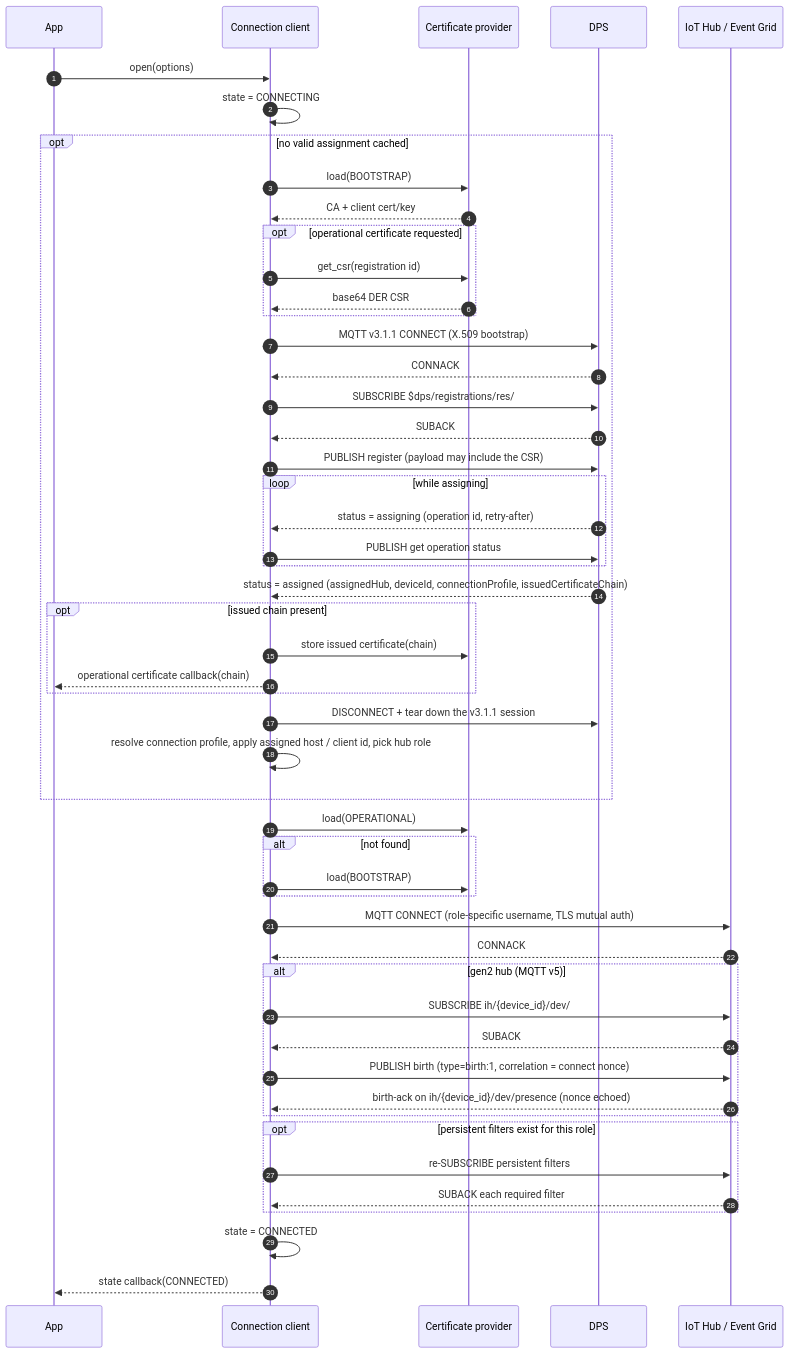
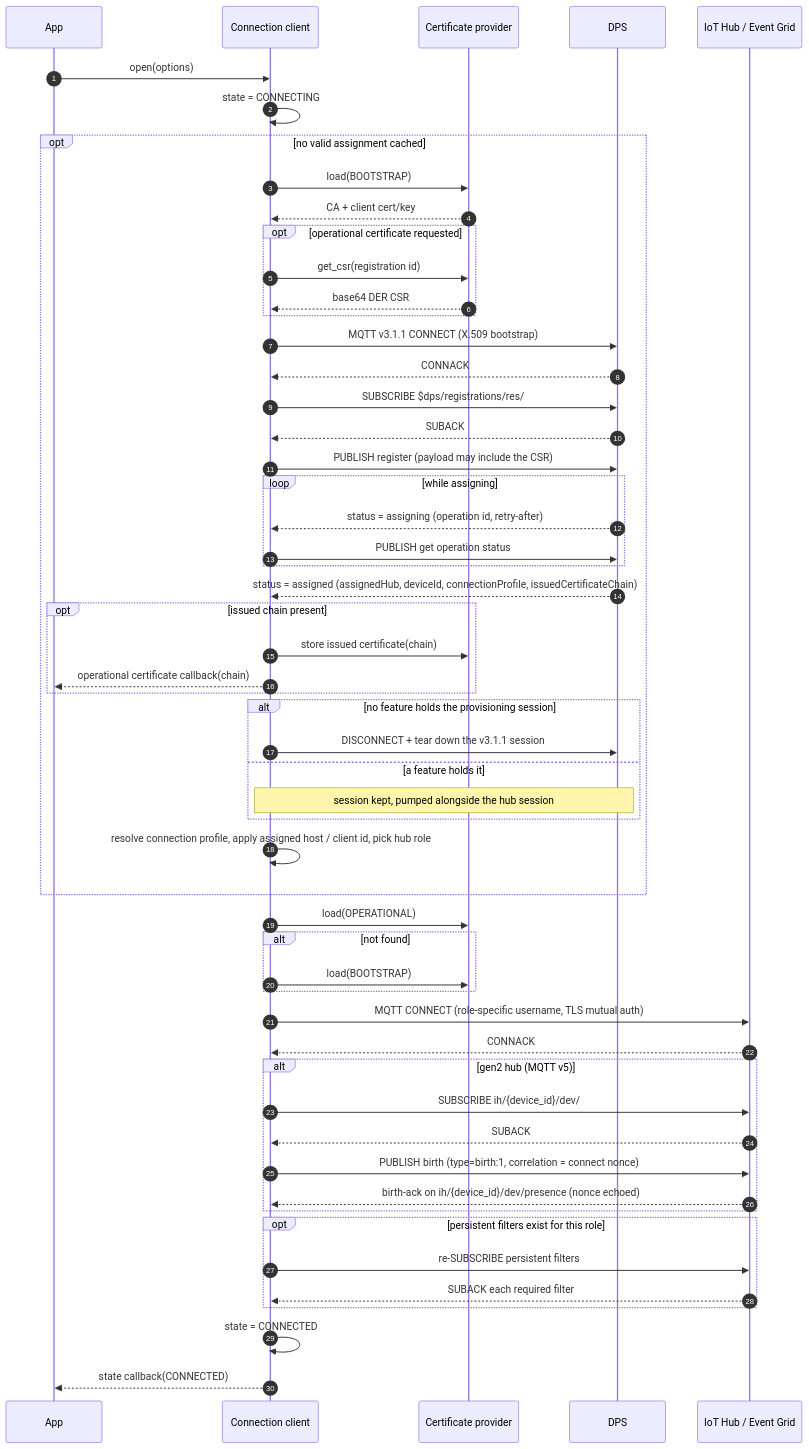
Before and after one commit to Azure/azure-iot-sdk: the third of 9 diagrams in c/docs/connection.md, drawn with Mermaid. The commit also changed 2 other files, not shown here.

Commit message:
docs: conditional provisioning teardown in both sequences; record the PUBACK-table gap

````diff
--- a/c/docs/connection.md
+++ b/c/docs/connection.md
@@ -109,58 +109,62 @@
 ```mermaid
 sequenceDiagram
     autonumber
     participant App
     participant Conn as Connection client
     participant Cert as Certificate provider
     participant DPS
     participant Hub as IoT Hub / Event Grid
 
     App->>Conn: open(options)
     Conn->>Conn: state = CONNECTING
 
     opt no valid assignment cached
         Conn->>Cert: load(BOOTSTRAP)
         Cert-->>Conn: CA + client cert/key
         opt operational certificate requested
             Conn->>Cert: get_csr(registration id)
             Cert-->>Conn: base64 DER CSR
         end
         Conn->>DPS: MQTT v3.1.1 CONNECT (X.509 bootstrap)
         DPS-->>Conn: CONNACK
         Conn->>DPS: SUBSCRIBE $dps/registrations/res/#
         DPS-->>Conn: SUBACK
         Conn->>DPS: PUBLISH register (payload may include the CSR)
         loop while assigning
             DPS-->>Conn: status = assigning (operation id, retry-after)
             Conn->>DPS: PUBLISH get operation status
         end
         DPS-->>Conn: status = assigned (assignedHub, deviceId, connectionProfile, issuedCertificateChain)
         opt issued chain present
             Conn->>Cert: store issued certificate(chain)
             Conn-->>App: operational certificate callback(chain)
         end
-        Conn->>DPS: DISCONNECT + tear down the v3.1.1 session
+        alt no feature holds the provisioning session
+            Conn->>DPS: DISCONNECT + tear down the v3.1.1 session
+        else a feature holds it
+            Note over Conn,DPS: session kept, pumped alongside the hub session
+        end
         Conn->>Conn: resolve connection profile, apply assigned host / client id, pick hub role
     end
 
     Conn->>Cert: load(OPERATIONAL)
     alt not found
         Conn->>Cert: load(BOOTSTRAP)
     end
     Conn->>Hub: MQTT CONNECT (role-specific username, TLS mutual auth)
     Hub-->>Conn: CONNACK
 
     alt gen2 hub (MQTT v5)
         Conn->>Hub: SUBSCRIBE ih/{device_id}/dev/# (QoS 1)
         Hub-->>Conn: SUBACK
         Conn->>Hub: PUBLISH birth (type=birth:1, correlation = connect nonce)
         Hub-->>Conn: birth-ack on ih/{device_id}/dev/presence (nonce echoed)
     end
 
     opt persistent filters exist for this role
       Conn->>Hub: re-SUBSCRIBE persistent filters
       Hub-->>Conn: SUBACK each required filter
     end
     Conn->>Conn: state = CONNECTED
     Conn-->>App: state callback(CONNECTED)
 ```
````
